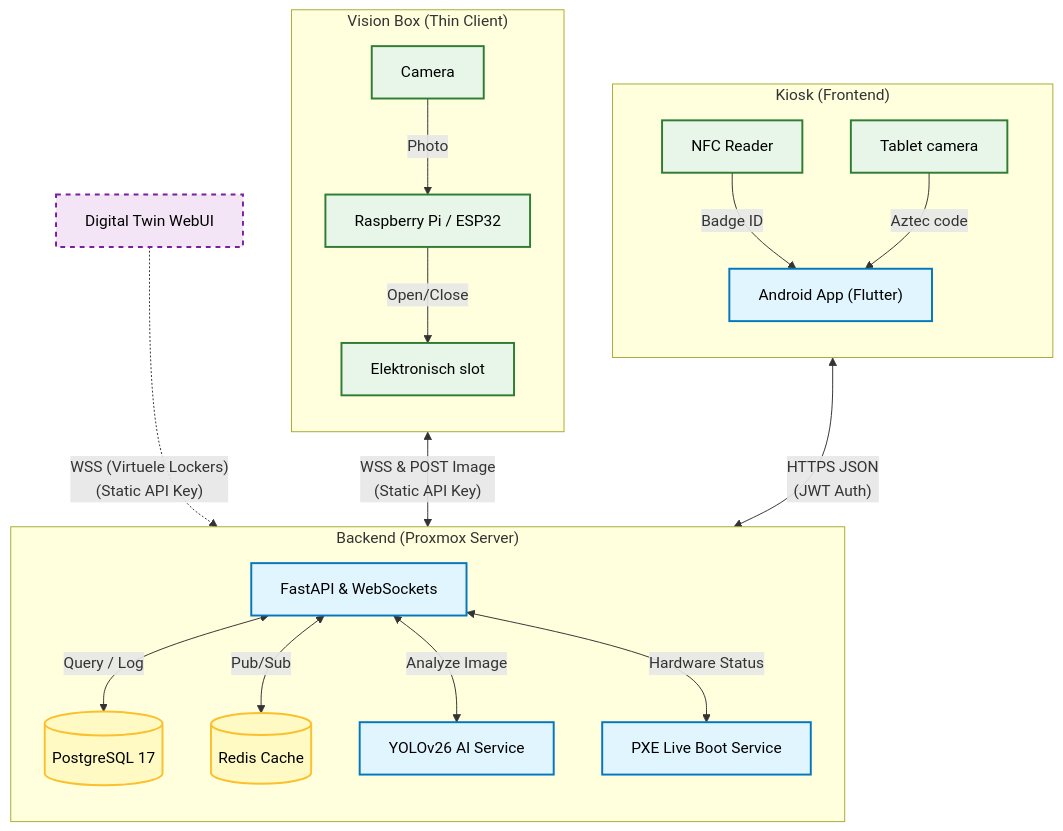
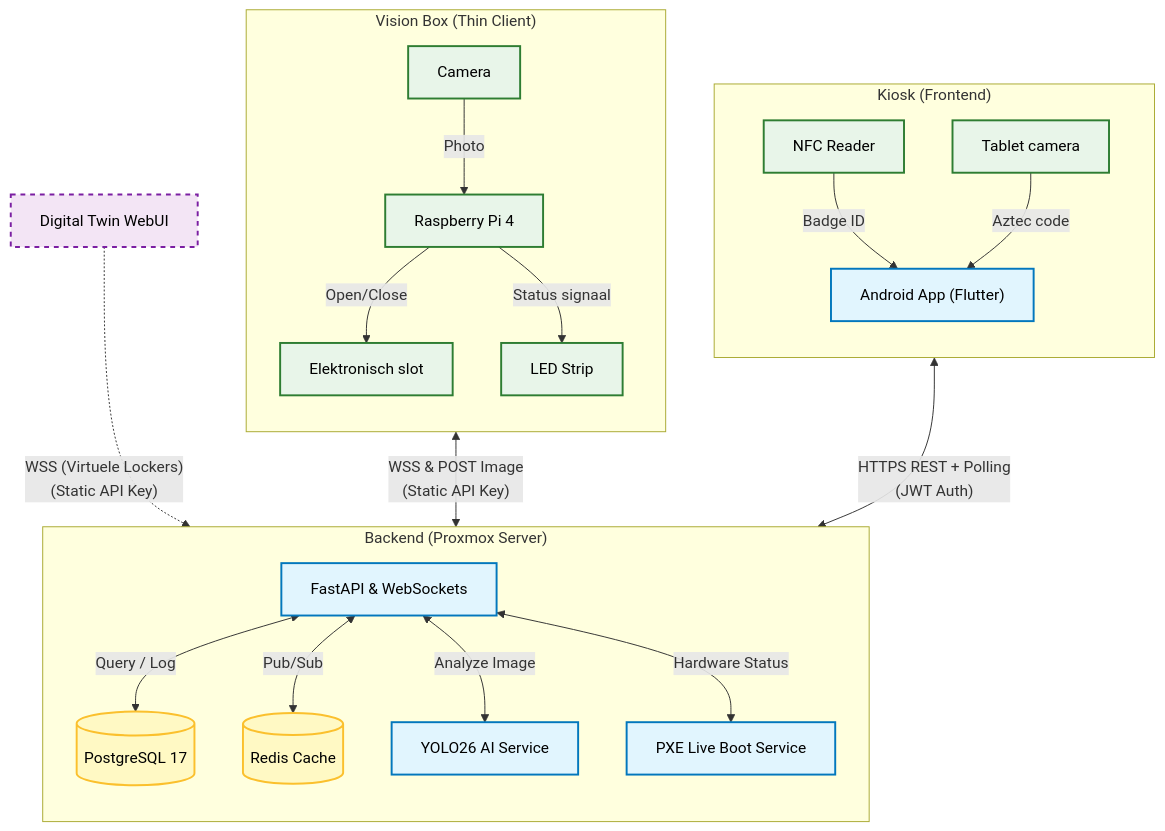
Before and after one commit to easylend-practice-enterprise/easylend: the second of 3 diagrams in docs/architecture.md, drawn with Mermaid. The commit also changed other lines of this file and 12 other files, not shown here.

First line of the commit message:
Chore/architecture planning (#32)

````diff
--- a/docs/architecture.md
+++ b/docs/architecture.md
@@ -54,59 +54,61 @@
 ```mermaid
 flowchart TD
     %% STIJLEN (Corporate & Clean)
     classDef soft fill:#E1F5FE,stroke:#0277BD,stroke-width:2px,color:#000;
     classDef hard fill:#E8F5E9,stroke:#2E7D32,stroke-width:2px,color:#000;
     classDef data fill:#FFF9C4,stroke:#FBC02d,stroke-width:2px,color:#000;
     classDef sim  fill:#F3E5F5,stroke:#7B1FA2,stroke-width:2px,stroke-dasharray: 5 5,color:#000;
 
     %% DOMEIN 1: KIOSK (LINKS)
     subgraph Kiosk ["Kiosk (Frontend)"]
         direction TB
         NFC[NFC Reader]:::hard
         CamTab["Tablet camera"]:::hard
         App["Android App (Flutter)"]:::soft
         
         NFC -->|Badge ID| App
         CamTab -->|Aztec code| App
     end
 
     %% DOMEIN 2: BACKEND (MIDDEN)
     subgraph Backend ["Backend (Proxmox Server)"]
         direction TB
         API["FastAPI & WebSockets"]:::soft
-        AIService["YOLOv26 AI Service"]:::soft
+        AIService["YOLO26 AI Service"]:::soft
         PXE["PXE Live Boot Service"]:::soft
         DB[(PostgreSQL 17)]:::data
         Redis[(Redis Cache)]:::data
         
         API <-->|"Query / Log"| DB
         API <-->|"Pub/Sub"| Redis
         API <-->|"Analyze Image"| AIService
         API <-->|"Hardware Status"| PXE
     end
 
     %% DOMEIN 3: VISION BOX (RECHTS)
     subgraph Box ["Vision Box (Thin Client)"]
         direction TB
-        RPi["Raspberry Pi / ESP32"]:::hard
+        RPi["Raspberry Pi 4"]:::hard
         CamBox[Camera]:::hard
         Lock["Elektronisch slot"]:::hard
+        LED["LED Strip"]:::hard
         
         CamBox -->|Photo| RPi
         RPi -->|"Open/Close"| Lock
+        RPi -->|"Status signaal"| LED
     end
 
     %% SIMULATIE (ONDER)
     Sim["Digital Twin WebUI"]:::sim
 
     %% HOOFD VERBINDINGEN
     
     %% Kiosk praat met API
-    App <-->|"HTTPS JSON<br/>(JWT Auth)"| API
+    App <-->|"HTTPS REST + Polling<br/>(JWT Auth)"| API
 
     %% API praat met Box
     RPi <-->|"WSS & POST Image<br/>(Static API Key)"| API
 
     %% Simulatie test de API
     Sim -.->|"WSS (Virtuele Lockers)<br/>(Static API Key)"| API
 ```
````
